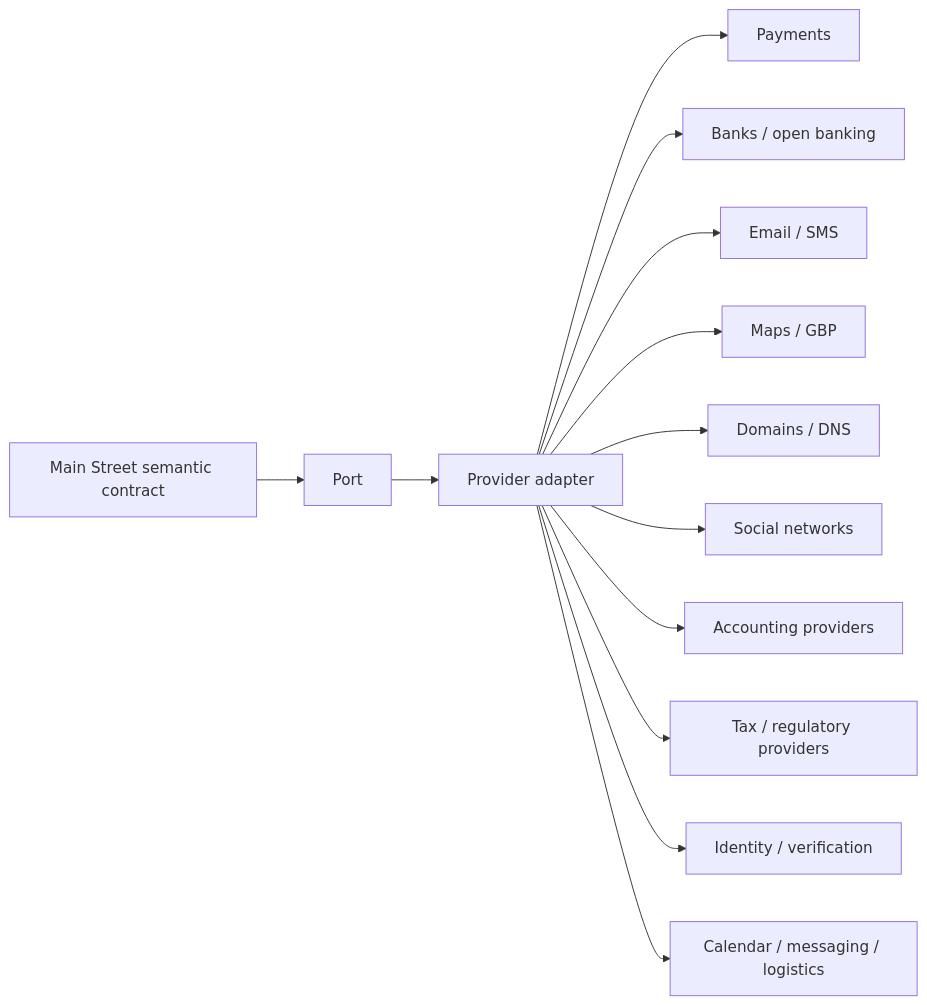
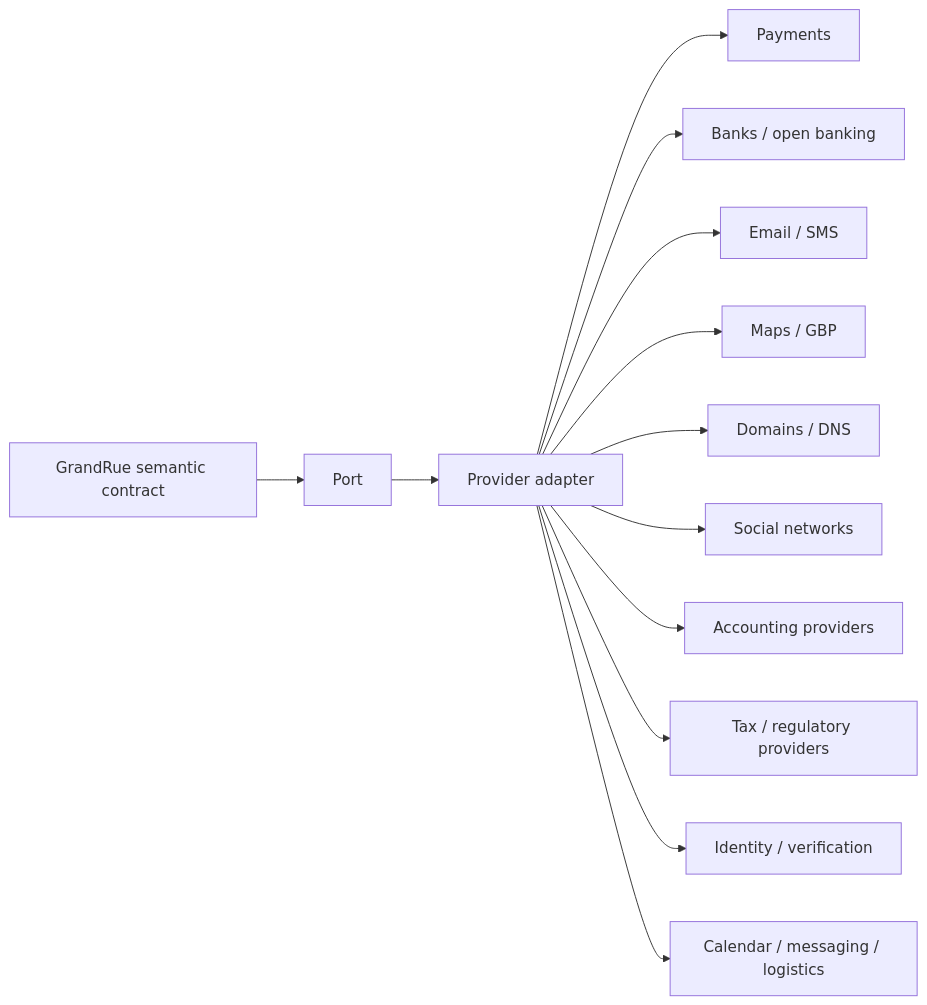
One commit to swangune/GrandRue changed the tenth of 22 diagrams in SEQUENCE.md. Above: the diagram before and after it, drawn with Mermaid. The commit also changed other lines of this file and 8 other files, not shown here.

````diff
--- a/SEQUENCE.md
+++ b/SEQUENCE.md
@@ -540,15 +540,15 @@
 ```mermaid
 flowchart LR
-    SEM["Main Street semantic contract"] --> PORT[Port]
+    SEM["GrandRue semantic contract"] --> PORT[Port]
     PORT --> ADAPTER[Provider adapter]
     ADAPTER --> P1[Payments]
     ADAPTER --> P2[Banks / open banking]
     ADAPTER --> P3[Email / SMS]
     ADAPTER --> P4[Maps / GBP]
     ADAPTER --> P5[Domains / DNS]
     ADAPTER --> P6[Social networks]
     ADAPTER --> P7[Accounting providers]
     ADAPTER --> P8[Tax / regulatory providers]
     ADAPTER --> P9[Identity / verification]
     ADAPTER --> P10[Calendar / messaging / logistics]
 ```
````
